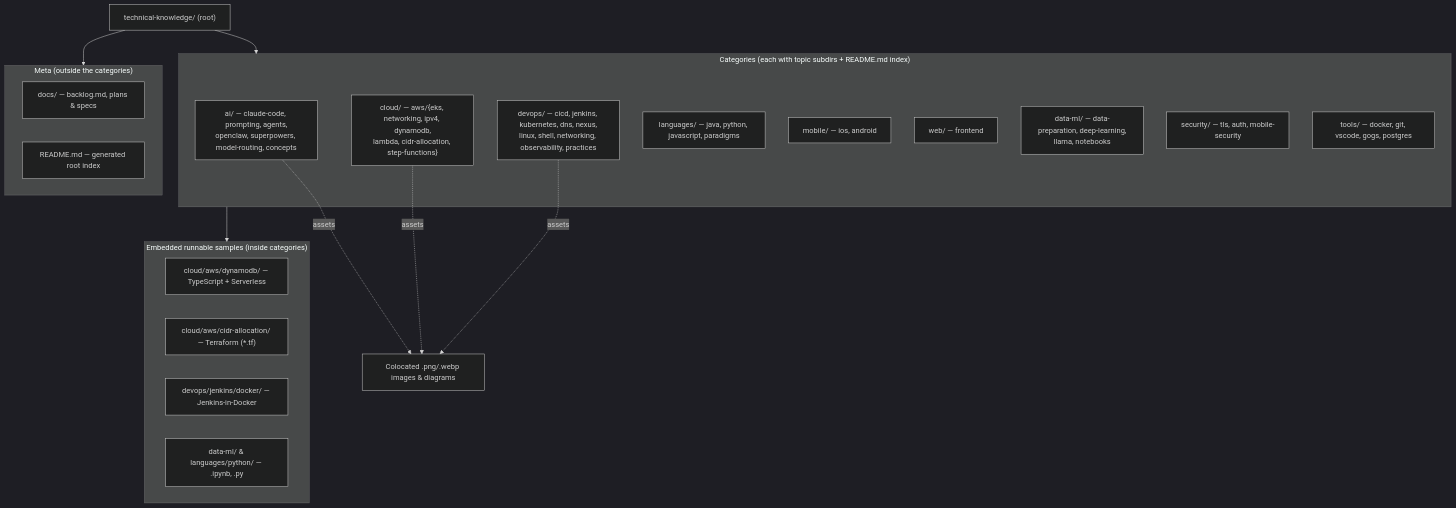
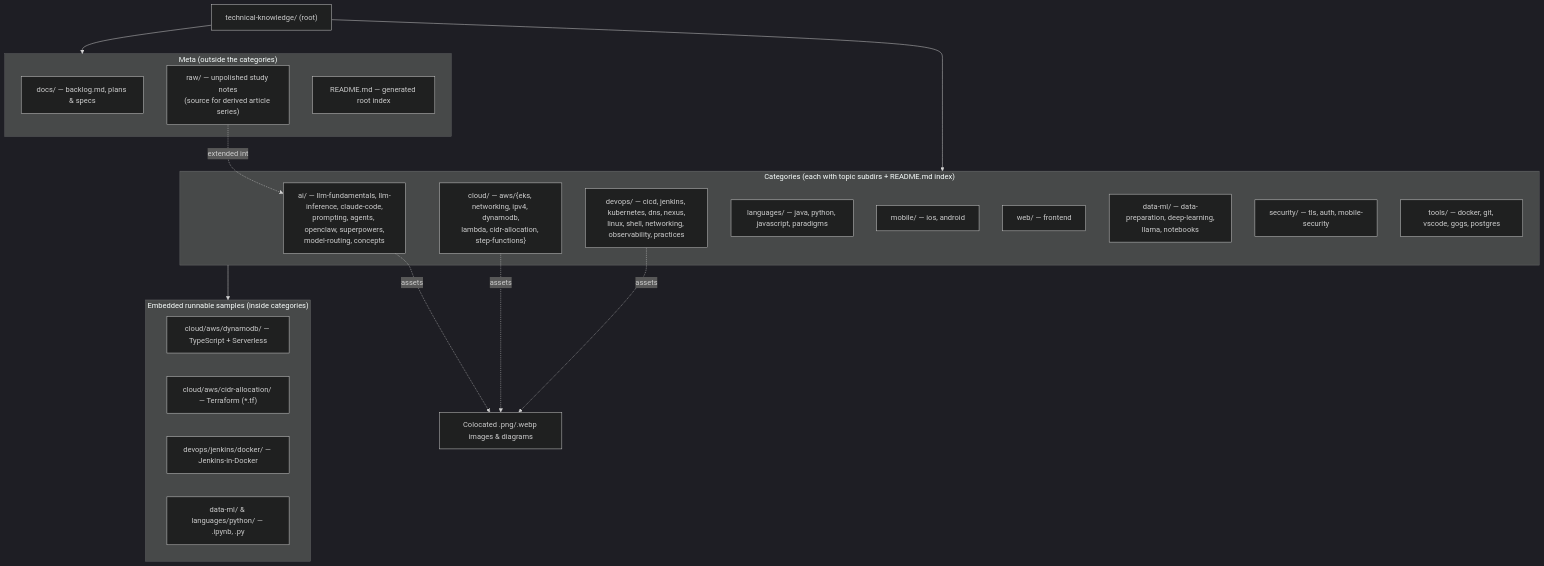
Before and after one commit to geekchow/technical-knowledge: the diagram in CLAUDE.md, drawn with Mermaid (dark theme). The commit also changed other lines of this file and 34 other files, not shown here.

First line of the commit message:
Add LLM inference series and fundamentals guide

````diff
--- a/CLAUDE.md
+++ b/CLAUDE.md
@@ -9,36 +9,39 @@
 ```mermaid
 flowchart TD
     root["technical-knowledge/ (root)"]
 
     subgraph cats["Categories (each with topic subdirs + README.md index)"]
-        AI["ai/ — claude-code, prompting, agents,<br/>openclaw, superpowers, model-routing, concepts"]
+        AI["ai/ — llm-fundamentals, llm-inference, claude-code,<br/>prompting, agents, openclaw, superpowers,<br/>model-routing, concepts"]
         Cloud["cloud/ — aws/{eks, networking, ipv4, dynamodb,<br/>lambda, cidr-allocation, step-functions}"]
         DevOps["devops/ — cicd, jenkins, kubernetes, dns, nexus,<br/>linux, shell, networking, observability, practices"]
         Lang["languages/ — java, python, javascript, paradigms"]
         Mobile["mobile/ — ios, android"]
         Web["web/ — frontend"]
         DataML["data-ml/ — data-preparation, deep-learning,<br/>llama, notebooks"]
         Sec["security/ — tls, auth, mobile-security"]
         Tools["tools/ — docker, git, vscode, gogs, postgres"]
     end
 
     subgraph tooling["Meta (outside the categories)"]
         Docs["docs/ — backlog.md, plans & specs"]
+        Raw["raw/ — unpolished study notes<br/>(source for derived article series)"]
         Index["README.md — generated root index"]
     end
 
     subgraph code["Embedded runnable samples (inside categories)"]
         DDB["cloud/aws/dynamodb/ — TypeScript + Serverless"]
         CIDR["cloud/aws/cidr-allocation/ — Terraform (*.tf)"]
         Jenkins["devops/jenkins/docker/ — Jenkins-in-Docker"]
         Notebooks["data-ml/ & languages/python/ — .ipynb, .py"]
     end
 
     root --> cats
     root --> tooling
     cats --> code
 
+    Raw -.extended into.-> AI
+
     AI -.assets.-> Assets["Colocated .png/.webp images & diagrams"]
     Cloud -.assets.-> Assets
     DevOps -.assets.-> Assets
 ```
````
